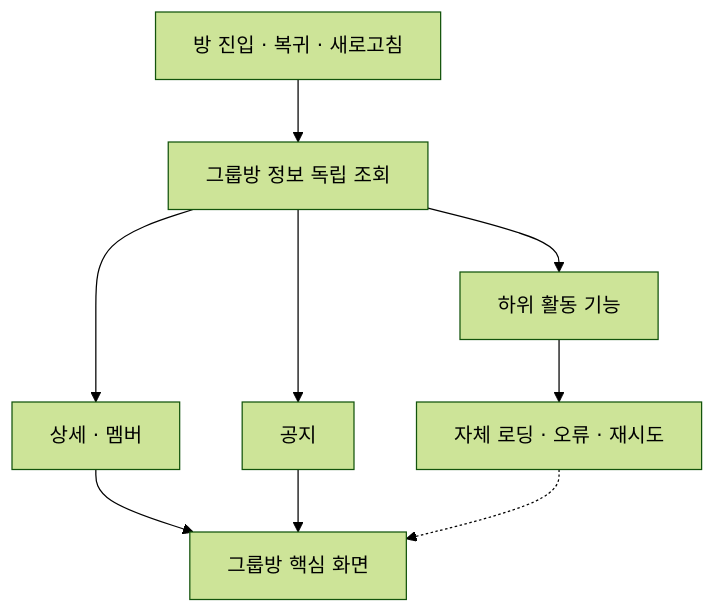
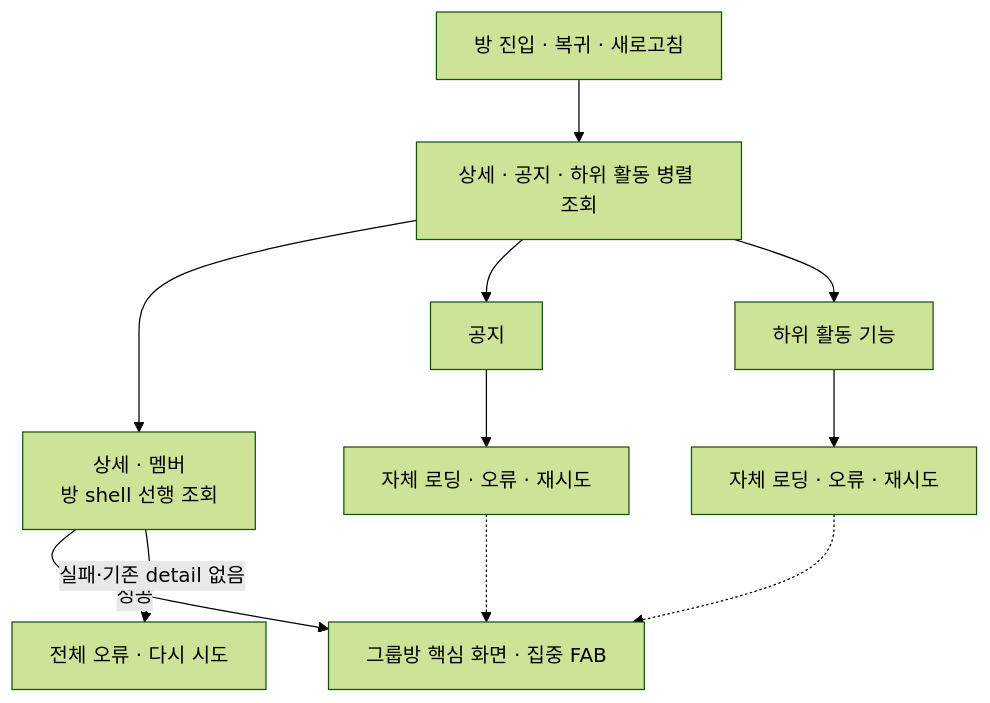
One commit to OneOrThree/phone changed the third of 3 diagrams in docs/prd/group/features/03-activity/high-level-design.md. Above: the diagram before and after it, drawn with Mermaid (forest theme). The commit also changed other lines of this file and 14 other files, not shown here.

````diff
--- a/docs/prd/group/features/03-activity/high-level-design.md
+++ b/docs/prd/group/features/03-activity/high-level-design.md
@@ -53,12 +53,14 @@
 ```mermaid
 flowchart TD
-    Enter["방 진입 · 복귀 · 새로고침"] --> Load["그룹방 정보 독립 조회"]
-    Load --> D["상세 · 멤버"]
+    Enter["방 진입 · 복귀 · 새로고침"] --> Load["상세 · 공지 · 하위 활동 병렬 조회"]
+    Load --> D["상세 · 멤버\n방 shell 선행 조회"]
     Load --> N["공지"]
     Load --> Child["하위 활동 기능"]
+    D -->|성공| Core["그룹방 핵심 화면 · 집중 FAB"]
+    D -->|실패·기존 detail 없음| DetailError["전체 오류 · 다시 시도"]
 
-    D --> Core["그룹방 핵심 화면"]
-    N --> Core
+    N --> NoticeState["자체 로딩 · 오류 · 재시도"]
     Child --> ChildState["자체 로딩 · 오류 · 재시도"]
+    NoticeState -.-> Core
     ChildState -.-> Core
 ```
````
